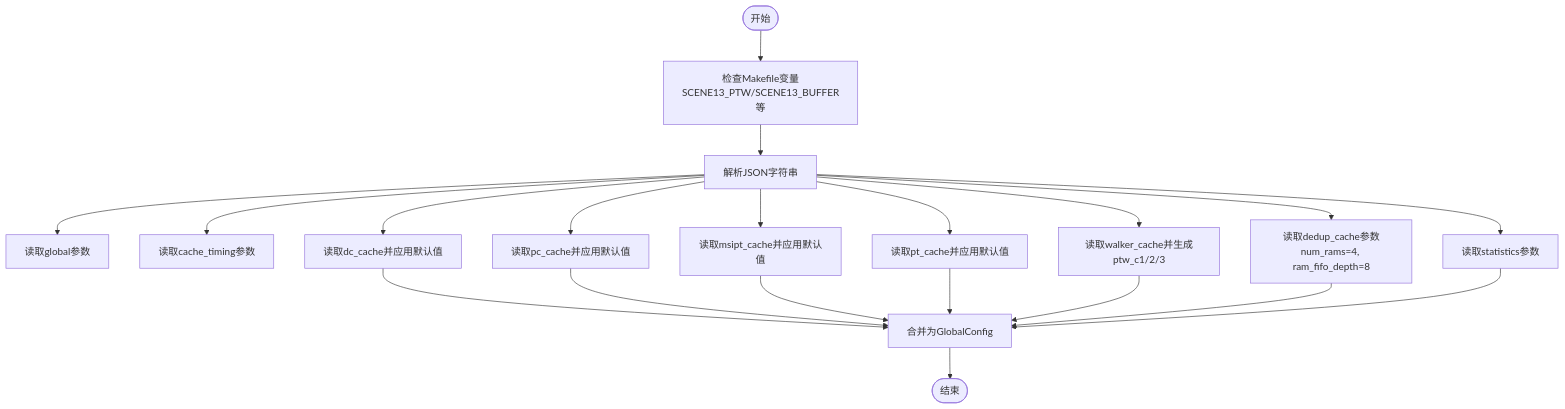
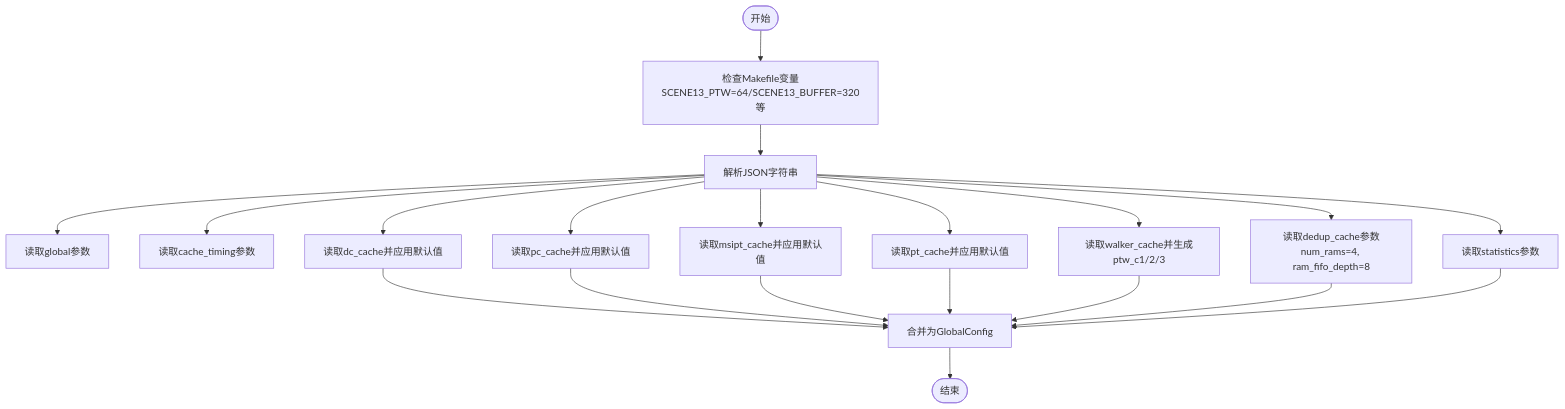
Before and after one commit to jiangjiang1122/iommu_model_20260401_v1: the third of 4 diagrams in .qoder/repowiki/zh/content/配置与参数/配置与参数.md, drawn with Mermaid. The commit also changed other lines of this file and 55 other files, not shown here.

````diff
--- a/.qoder/repowiki/zh/content/配置与参数/配置与参数.md
+++ b/.qoder/repowiki/zh/content/配置与参数/配置与参数.md
@@ -263,22 +263,22 @@
 ```mermaid
 flowchart TD
-Start(["开始"]) --> MakeVar["检查Makefile变量<br/>SCENE13_PTW/SCENE13_BUFFER等"]
+Start(["开始"]) --> MakeVar["检查Makefile变量<br/>SCENE13_PTW=64/SCENE13_BUFFER=320等"]
 MakeVar --> Parse["解析JSON字符串"]
 Parse --> Global["读取global参数"]
 Parse --> Timing["读取cache_timing参数"]
 Parse --> DC["读取dc_cache并应用默认值"]
 Parse --> PC["读取pc_cache并应用默认值"]
 Parse --> MSIPT["读取msipt_cache并应用默认值"]
 Parse --> PT["读取pt_cache并应用默认值"]
 Parse --> WC["读取walker_cache并生成ptw_c1/2/3"]
 Parse --> Dedup["读取dedup_cache参数<br/>num_rams=4, ram_fifo_depth=8"]
 Parse --> Stat["读取statistics参数"]
 DC --> Merge["合并为GlobalConfig"]
 PC --> Merge
 MSIPT --> Merge
 PT --> Merge
 WC --> Merge
 Dedup --> Merge
 Stat --> Merge
 Merge --> End(["结束"])
 ```
````
